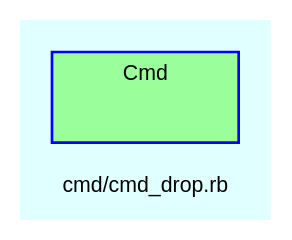
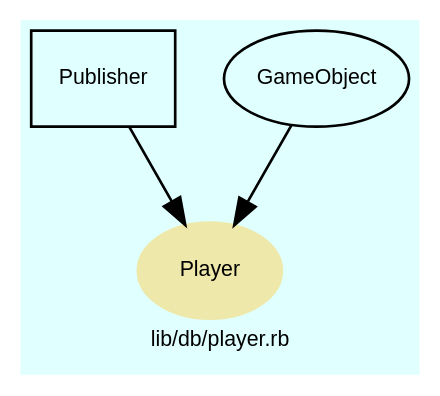
Before and after one commit to Tyche/teensymud: the diagram in doc/dot/f_30.dot, drawn with Graphviz. The commit also changed 154 other files, not shown here.

Commit message:
Created lib/db directory and moved database.rb there. Split out game object classes in tmud.rb to lib/db. Renamed Obj to GameObject. Added test modules for game objects. Added TML documentation file.

```diff
--- a/doc/dot/f_30.dot
+++ b/doc/dot/f_30.dot
@@ -1,29 +1,41 @@
 digraph TopLevel {
     compound = true
     bgcolor = lightcyan1
     fontname = Arial
     fontsize = 8
-    label = "cmd/cmd_drop.rb"
+    label = "lib/db/player.rb"
     node [
         fontname = Arial,
         fontsize = 8,
         color = black
     ]
 
-    subgraph cluster_Cmd {
-        fillcolor = palegreen1
-        URL = "classes/Cmd.html"
-        fontname = Arial
-        color = blue
-        label = "Cmd"
-        style = filled
-        Cmd [
-            shape = plaintext,
-            height = 0.01,
-            width = 0.75,
-            label = ""
-        ]
+    Player [
+        fontcolor = black,
+        URL = "classes/Player.html",
+        shape = ellipse,
+        color = palegoldenrod,
+        style = filled,
+        label = "Player"
+    ]
 
-    }
+    Publisher [
+        URL = "classes/Publisher.html",
+        shape = box,
+        label = "Publisher"
+    ]
+
+    Publisher -> Player [
+
+    ]
+
+    GameObject [
+        URL = "classes/GameObject.html",
+        label = "GameObject"
+    ]
+
+    GameObject -> Player [
+
+    ]
 
 }
```
